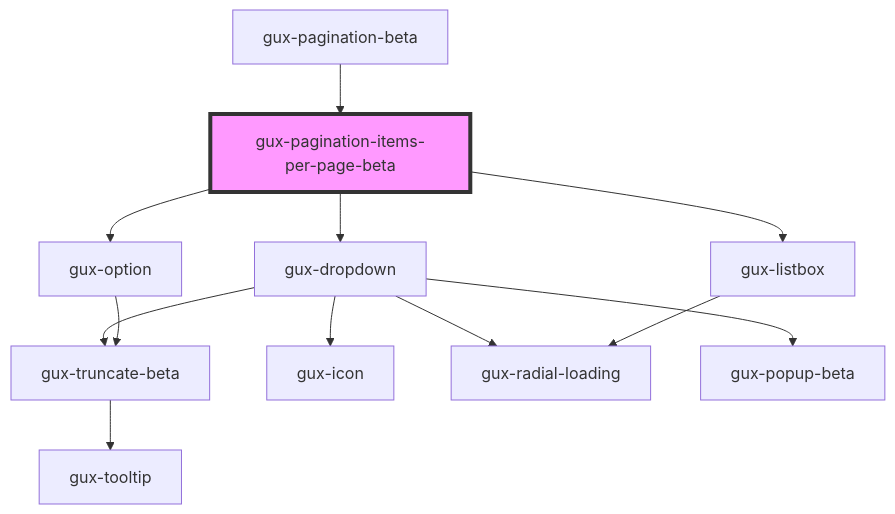
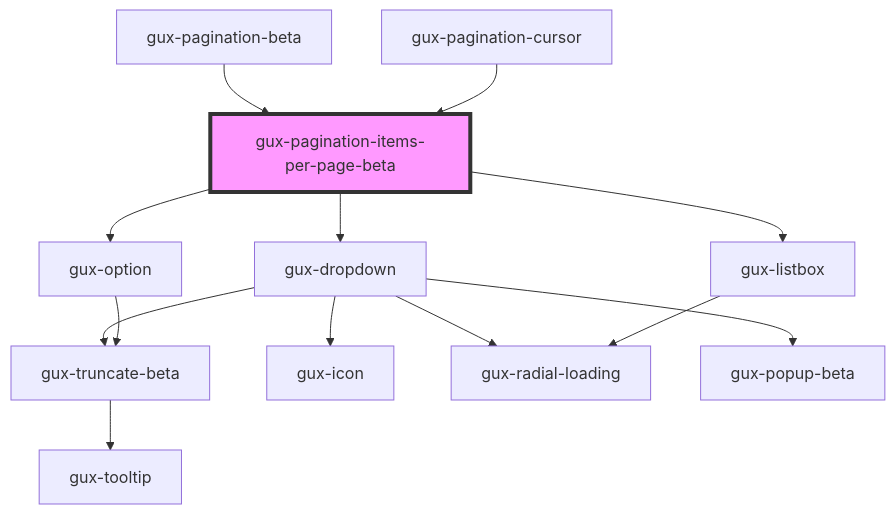
One commit to MyPureCloud/genesys-spark changed the diagram in packages/genesys-spark-components/src/components/beta/gux-pagination-beta/gux-pagination-items-per-page-beta/readme.md. Above: the diagram before and after it, drawn with Mermaid. The commit also changed other lines of this file and 4 other files, not shown here.

Commit message:
feat(pagination-cursor): updating design with two layouts and optional items per page dropdown

````diff
--- a/packages/genesys-spark-components/src/components/beta/gux-pagination-beta/gux-pagination-items-per-page-beta/readme.md
+++ b/packages/genesys-spark-components/src/components/beta/gux-pagination-beta/gux-pagination-items-per-page-beta/readme.md
@@ -36,15 +37,16 @@
 ```mermaid
 graph TD;
   gux-pagination-items-per-page-beta --> gux-dropdown
   gux-pagination-items-per-page-beta --> gux-listbox
   gux-pagination-items-per-page-beta --> gux-option
   gux-dropdown --> gux-truncate-beta
   gux-dropdown --> gux-icon
   gux-dropdown --> gux-radial-loading
   gux-dropdown --> gux-popup-beta
   gux-truncate-beta --> gux-tooltip
   gux-listbox --> gux-radial-loading
   gux-option --> gux-truncate-beta
   gux-pagination-beta --> gux-pagination-items-per-page-beta
+  gux-pagination-cursor --> gux-pagination-items-per-page-beta
   style gux-pagination-items-per-page-beta fill:#f9f,stroke:#333,stroke-width:4px
 ```
````
